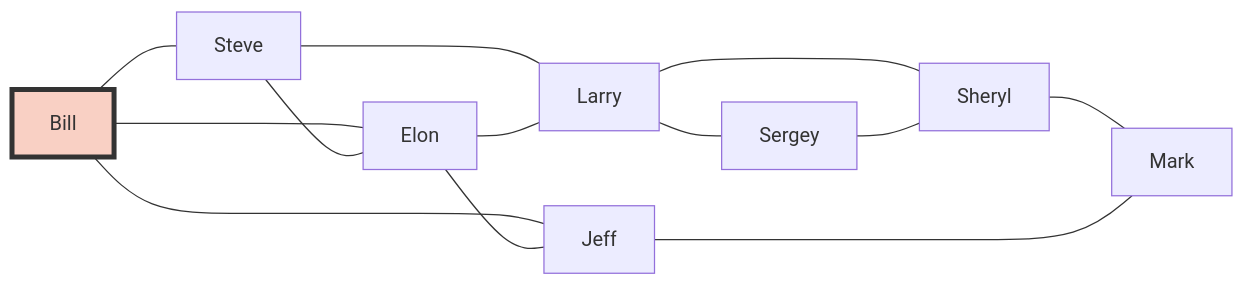
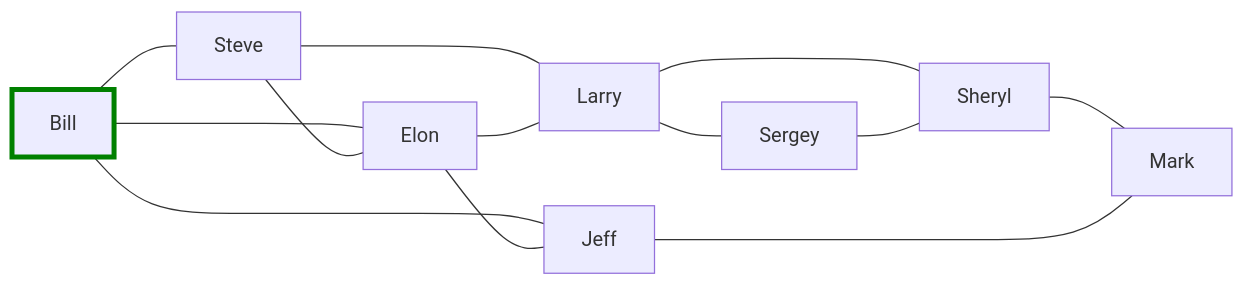
The second of 2 diagrams in GraphLesson/FriendsBFS.md (rodion-m/AlgorithmsCourse2023), drawn with Mermaid before and after one commit.

Commit message:
Green stroke

````diff
--- a/GraphLesson/FriendsBFS.md
+++ b/GraphLesson/FriendsBFS.md
@@ -20,16 +20,16 @@
 ```mermaid
 graph LR
-    style A fill:#f9d0c4,stroke:#333,stroke-width:4px
+    style A stroke:green,stroke-width:4px
     A[Bill] --- B[Steve]
     A --- C[Elon]
     A --- G[Jeff]
     B --- C
     B --- D[Larry]
     C --- D
     C --- G
     D --- E[Sergey]
     D --- F[Sheryl]
     E --- F
     F --- H[Mark]
     G --- H
 ```
````
